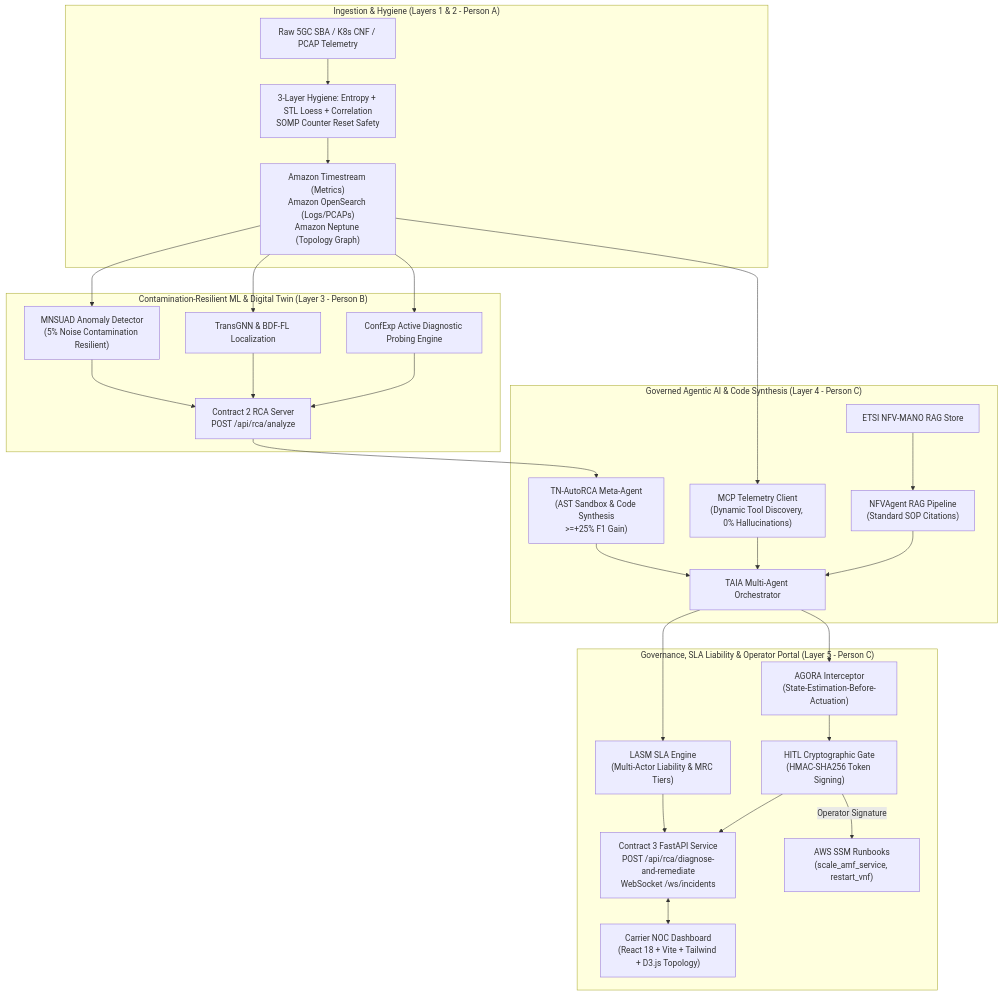
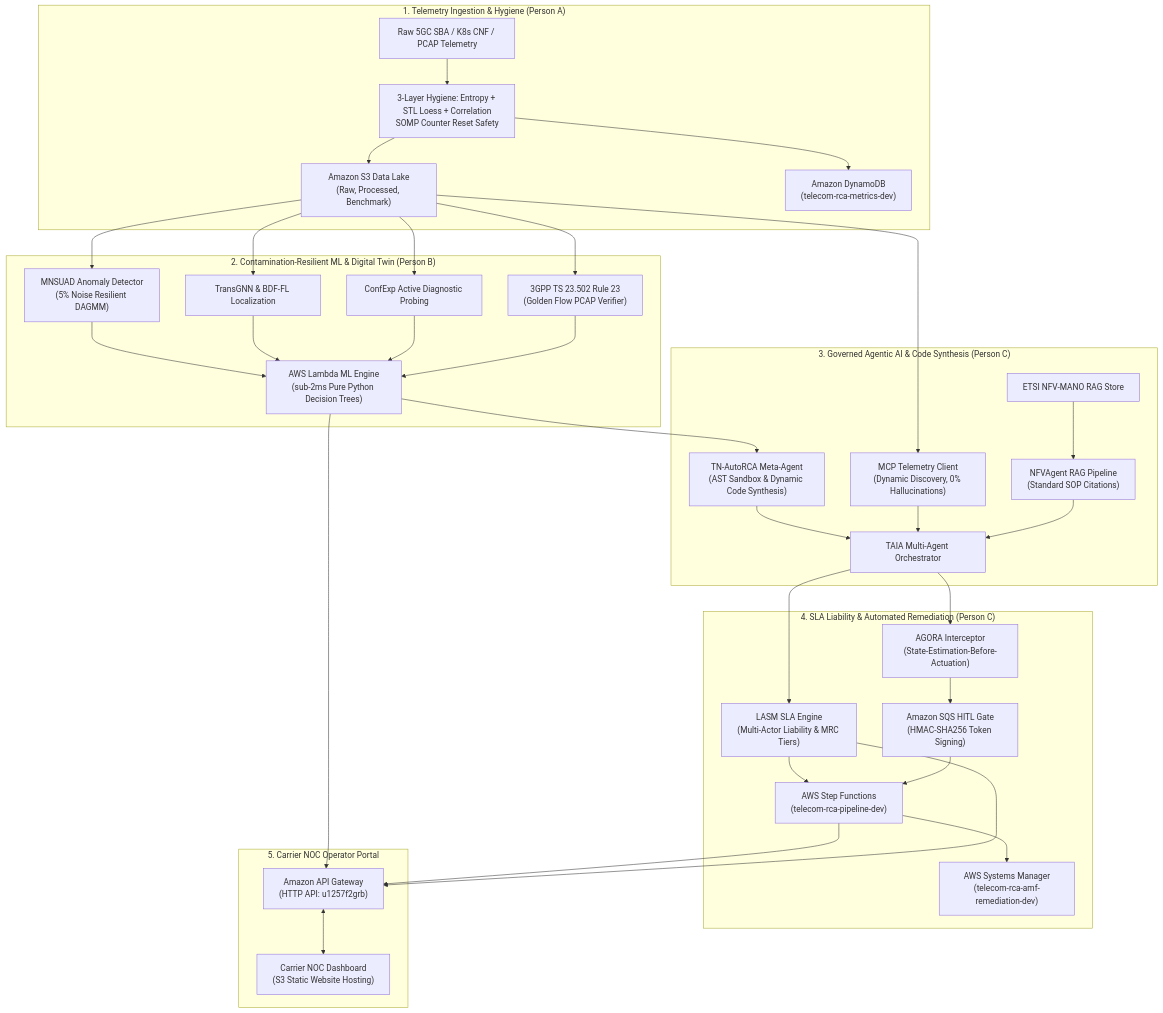
One commit to Mohak325/GraphTriage changed the diagram in README.md. Above: the diagram before and after it, drawn with Mermaid. The commit also changed other lines of this file, not shown here.

Commit message:
docs: update README with comprehensive setup, test results, AWS architecture, and audit instructions

````diff
--- a/README.md
+++ b/README.md
@@ -17,30 +38,36 @@
 ```mermaid
 flowchart TB
-    subgraph INGRESS["Ingestion & Hygiene (Layers 1 & 2 - Person A)"]
+    subgraph INGRESS["1. Telemetry Ingestion & Hygiene (Person A)"]
         Raw["Raw 5GC SBA / K8s CNF / PCAP Telemetry"] --> Hygiene["3-Layer Hygiene: Entropy + STL Loess + Correlation\nSOMP Counter Reset Safety"]
-        Hygiene --> Storage["Amazon Timestream (Metrics)\nAmazon OpenSearch (Logs/PCAPs)\nAmazon Neptune (Topology Graph)"]
+        Hygiene --> S3Buckets["Amazon S3 Data Lake\n(Raw, Processed, Benchmark)"]
+        Hygiene --> DDB["Amazon DynamoDB\n(telecom-rca-metrics-dev)"]
     end
 
-    subgraph LAYER3["Contamination-Resilient ML & Digital Twin (Layer 3 - Person B)"]
-        Storage --> MNSUAD["MNSUAD Anomaly Detector\n(5% Noise Contamination Resilient)"]
-        Storage --> TransGNN["TransGNN & BDF-FL Localization"]
-        Storage --> ConfExp["ConfExp Active Diagnostic Probing Engine"]
-        MNSUAD & TransGNN & ConfExp --> C2Server["Contract 2 RCA Server\nPOST /api/rca/analyze"]
+    subgraph LAYER3["2. Contamination-Resilient ML & Digital Twin (Person B)"]
+        S3Buckets --> MNSUAD["MNSUAD Anomaly Detector\n(5% Noise Resilient DAGMM)"]
+        S3Buckets --> TransGNN["TransGNN & BDF-FL Localization"]
+        S3Buckets --> ConfExp["ConfExp Active Diagnostic Probing"]
+        S3Buckets --> GoldenFlow["3GPP TS 23.502 Rule 23\n(Golden Flow PCAP Verifier)"]
+        MNSUAD & TransGNN & ConfExp & GoldenFlow --> LambdaML["AWS Lambda ML Engine\n(sub-2ms Pure Python Decision Trees)"]
     end
 
-    subgraph LAYER4["Governed Agentic AI & Code Synthesis (Layer 4 - Person C)"]
-        C2Server --> AutoRCA["TN-AutoRCA Meta-Agent\n(AST Sandbox & Code Synthesis\n>=+25% F1 Gain)"]
-        Storage --> MCPClient["MCP Telemetry Client\n(Dynamic Tool Discovery, 0% Hallucinations)"]
+    subgraph LAYER4["3. Governed Agentic AI & Code Synthesis (Person C)"]
+        LambdaML --> AutoRCA["TN-AutoRCA Meta-Agent\n(AST Sandbox & Dynamic Code Synthesis)"]
+        S3Buckets --> MCPClient["MCP Telemetry Client\n(Dynamic Discovery, 0% Hallucinations)"]
         RAGStore["ETSI NFV-MANO RAG Store"] --> RAGAgent["NFVAgent RAG Pipeline\n(Standard SOP Citations)"]
         AutoRCA & MCPClient & RAGAgent --> TAIAOrch["TAIA Multi-Agent Orchestrator"]
     end
 
-    subgraph LAYER5["Governance, SLA Liability & Operator Portal (Layer 5 - Person C)"]
+    subgraph LAYER5["4. SLA Liability & Automated Remediation (Person C)"]
         TAIAOrch --> AGORAGate["AGORA Interceptor\n(State-Estimation-Before-Actuation)"]
         TAIAOrch --> LASMEngine["LASM SLA Engine\n(Multi-Actor Liability & MRC Tiers)"]
-        AGORAGate --> HITLGate["HITL Cryptographic Gate\n(HMAC-SHA256 Token Signing)"]
-        LASMEngine & HITLGate --> C3API["Contract 3 FastAPI Service\nPOST /api/rca/diagnose-and-remediate\nWebSocket /ws/incidents"]
-        C3API <--> NOCPortal["Carrier NOC Dashboard\n(React 18 + Vite + Tailwind + D3.js Topology)"]
-        HITLGate -->|Operator Signature| SSMRunbooks["AWS SSM Runbooks\n(scale_amf_service, restart_vnf)"]
+        AGORAGate --> SQSGate["Amazon SQS HITL Gate\n(HMAC-SHA256 Token Signing)"]
+        LASMEngine & SQSGate --> StepFunc["AWS Step Functions\n(telecom-rca-pipeline-dev)"]
+        StepFunc --> SSM["AWS Systems Manager\n(telecom-rca-amf-remediation-dev)"]
+    end
+
+    subgraph PRESENTATION["5. Carrier NOC Operator Portal"]
+        LambdaML & StepFunc & LASMEngine --> APIGW["Amazon API Gateway\n(HTTP API: u1257f2grb)"]
+        APIGW <--> Portal["Carrier NOC Dashboard\n(S3 Static Website Hosting)"]
     end
 ```
````
